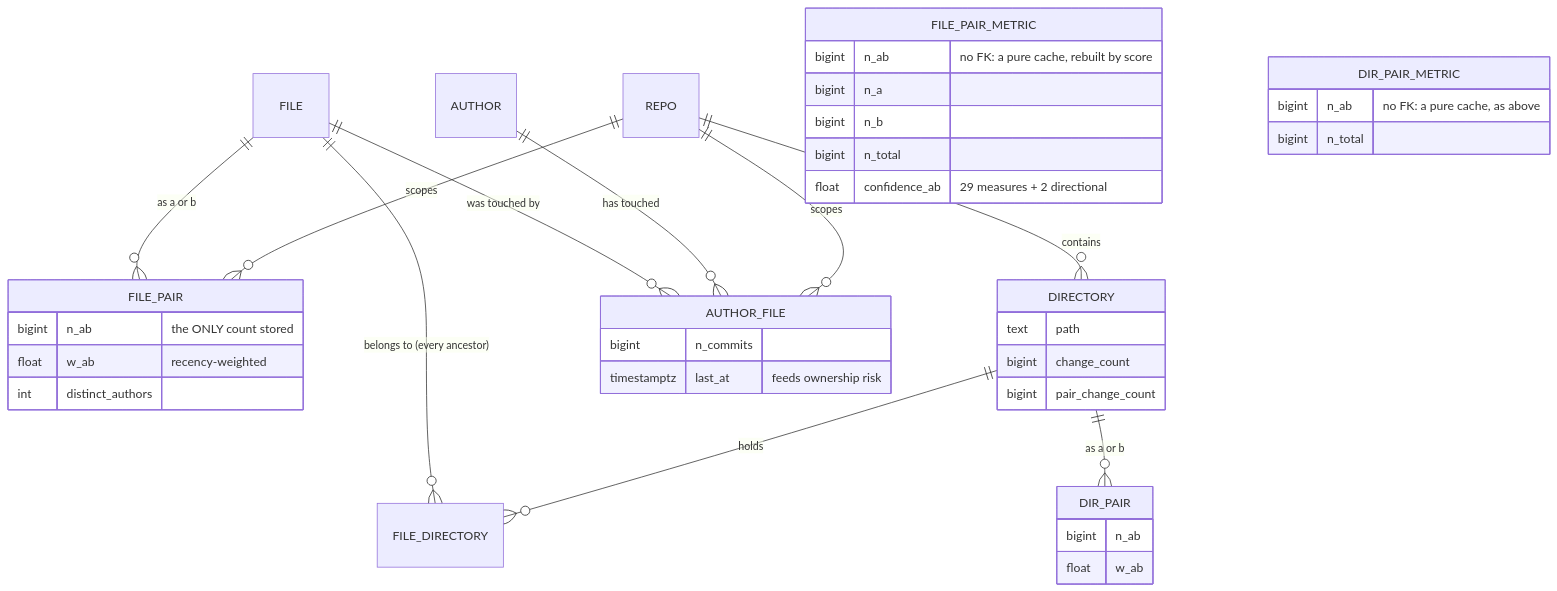
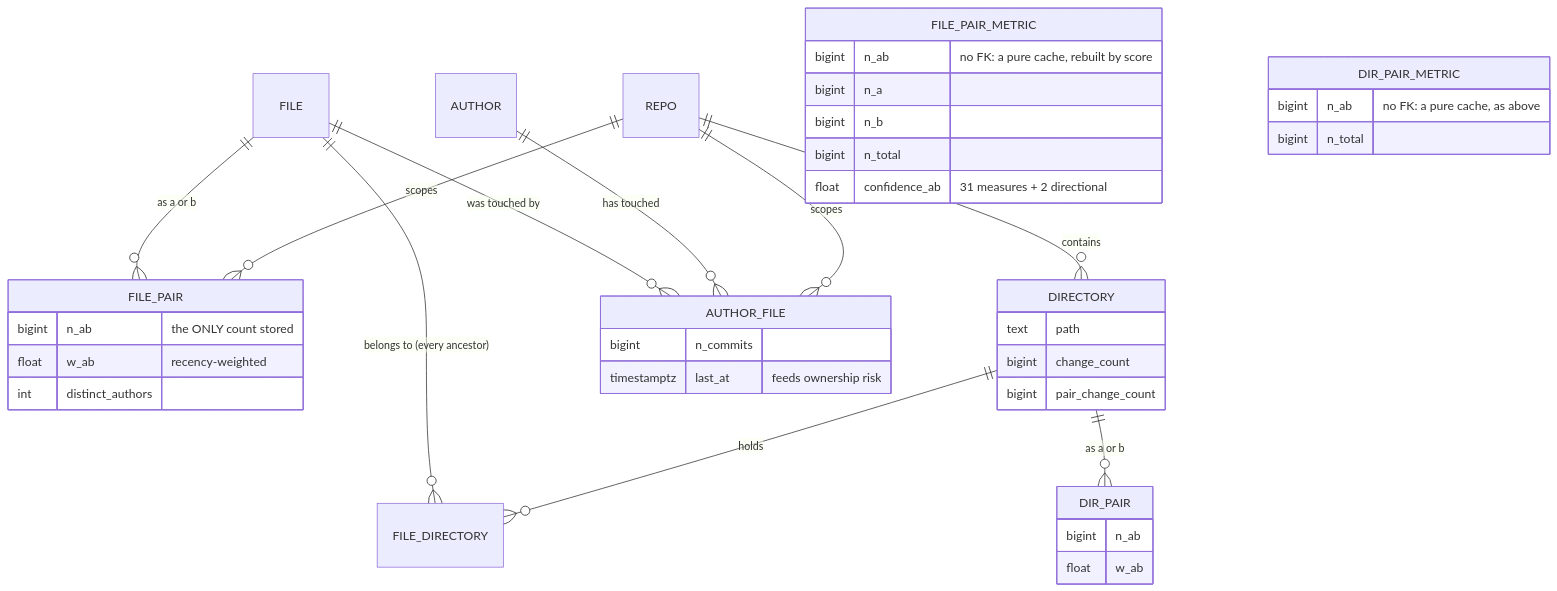
One commit to kirankn8/git-synapse changed the third of 6 diagrams in DESIGN.md. Above: the diagram before and after it, drawn with Mermaid. The commit also changed other lines of this file and 3 other files, not shown here.

````diff
--- a/DESIGN.md
+++ b/DESIGN.md
@@ -217,42 +228,42 @@
 ```mermaid
 erDiagram
     REPO      ||--o{ FILE_PAIR : scopes
     FILE      ||--o{ FILE_PAIR : "as a or b"
     REPO      ||--o{ DIRECTORY : contains
     DIRECTORY ||--o{ FILE_DIRECTORY : "holds"
     FILE      ||--o{ FILE_DIRECTORY : "belongs to (every ancestor)"
     DIRECTORY ||--o{ DIR_PAIR : "as a or b"
     REPO      ||--o{ AUTHOR_FILE : scopes
     AUTHOR    ||--o{ AUTHOR_FILE : "has touched"
     FILE      ||--o{ AUTHOR_FILE : "was touched by"
 
     FILE_PAIR {
         bigint n_ab "the ONLY count stored"
         float w_ab "recency-weighted"
         int distinct_authors
     }
     FILE_PAIR_METRIC {
         bigint n_ab "no FK: a pure cache, rebuilt by score"
         bigint n_a
         bigint n_b
         bigint n_total
-        float confidence_ab "29 measures + 2 directional"
+        float confidence_ab "31 measures + 2 directional"
     }
     DIRECTORY {
         text path
         bigint change_count
         bigint pair_change_count
     }
     DIR_PAIR {
         bigint n_ab
         float w_ab
     }
     DIR_PAIR_METRIC {
         bigint n_ab "no FK: a pure cache, as above"
         bigint n_total
     }
     AUTHOR_FILE {
         bigint n_commits
         timestamptz last_at "feeds ownership risk"
     }
 ```
````
